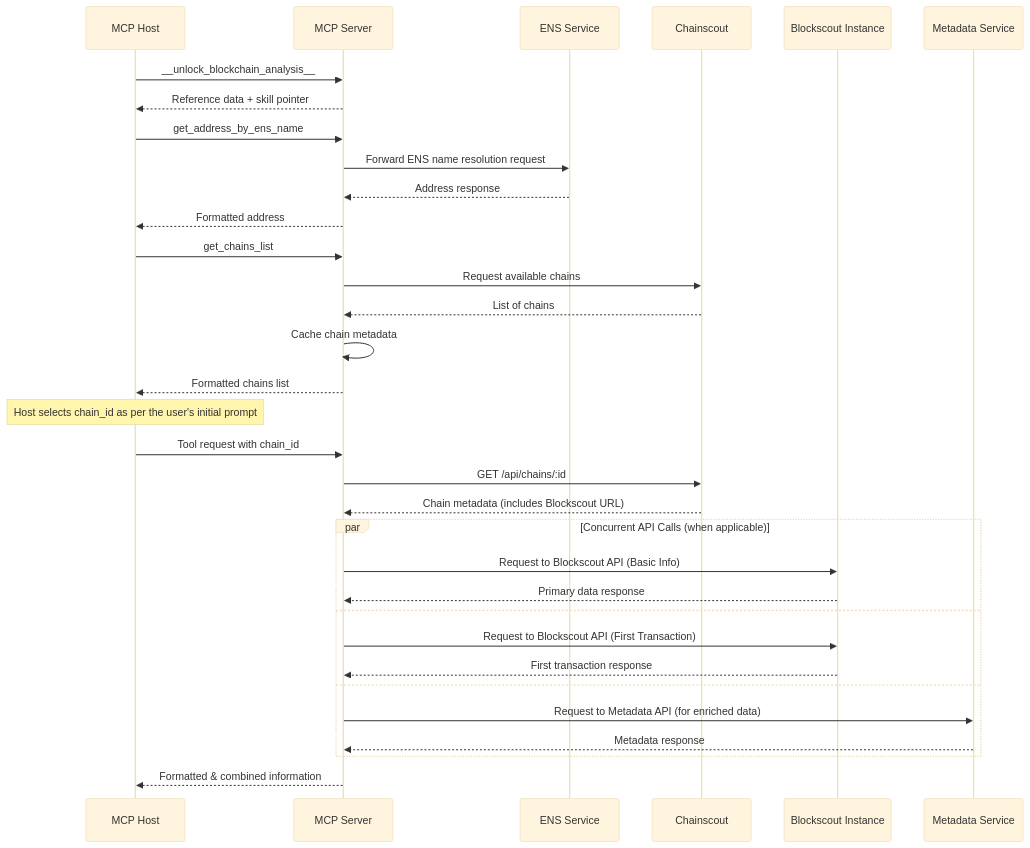
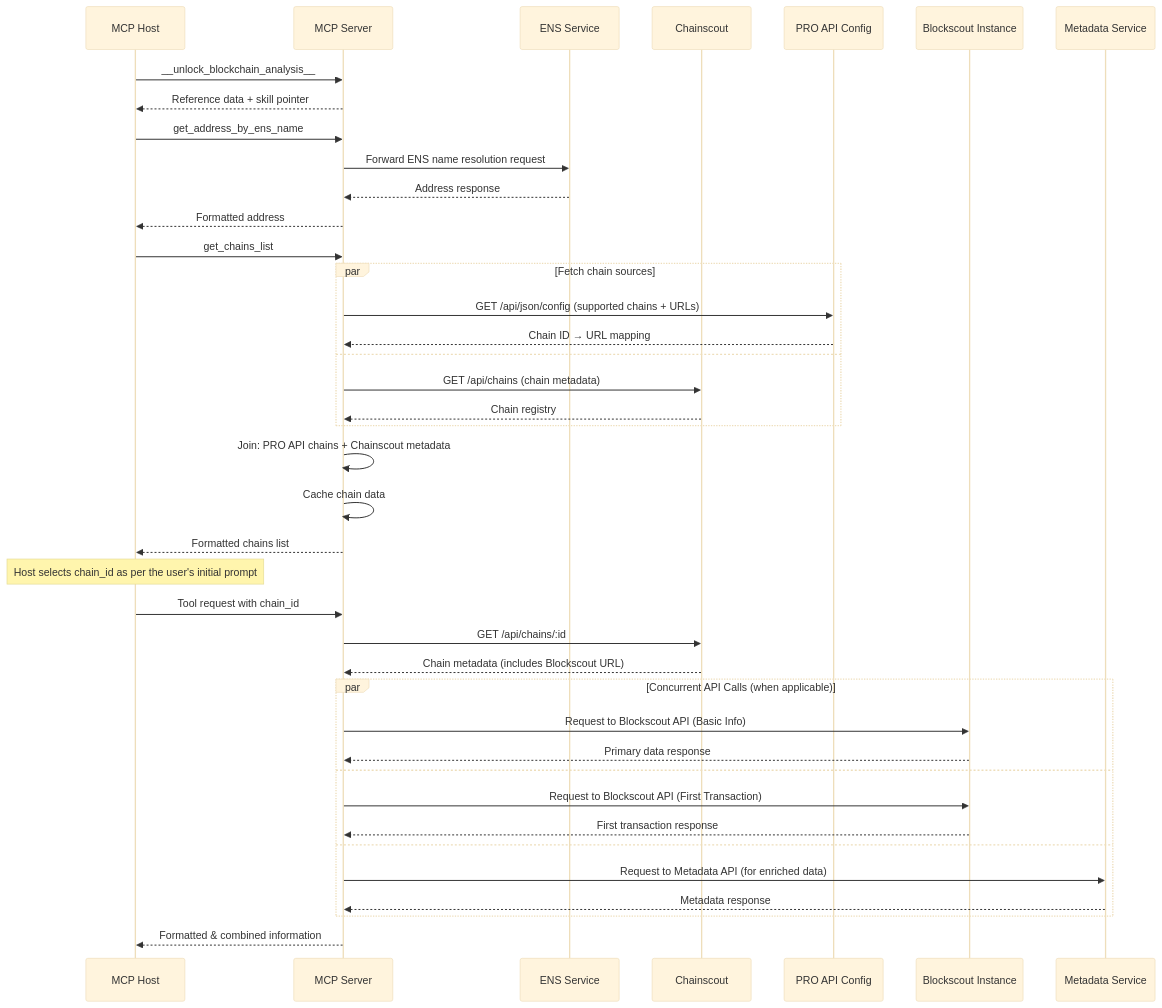
One commit to blockscout/mcp-server changed the first of 3 diagrams in SPEC.md. Above: the diagram before and after it, drawn with Mermaid (base theme). The commit also changed other lines of this file and 4 other files, not shown here.

Commit message:
Fill remaining PRO API plan gaps in spec and tests

````diff
--- a/SPEC.md
+++ b/SPEC.md
@@ -73,40 +73,47 @@
 ```mermaid
 sequenceDiagram
     participant AI as MCP Host
     participant MCP as MCP Server
     participant BENS as ENS Service
     participant CS as Chainscout
+    participant ProAPI as PRO API Config
     participant BS as Blockscout Instance
     participant Metadata as Metadata Service
 
     AI->>MCP: __unlock_blockchain_analysis__
     MCP-->>AI: Reference data + skill pointer
 
     AI->>MCP: get_address_by_ens_name
     MCP->>BENS: Forward ENS name resolution request
     BENS-->>MCP: Address response
     MCP-->>AI: Formatted address
 
     AI->>MCP: get_chains_list
-    MCP->>CS: Request available chains
-    CS-->>MCP: List of chains
-    MCP->>MCP: Cache chain metadata
+    par Fetch chain sources
+        MCP->>ProAPI: GET /api/json/config (supported chains + URLs)
+        ProAPI-->>MCP: Chain ID → URL mapping
+    and
+        MCP->>CS: GET /api/chains (chain metadata)
+        CS-->>MCP: Chain registry
+    end
+    MCP->>MCP: Join: PRO API chains + Chainscout metadata
+    MCP->>MCP: Cache chain data
     MCP-->>AI: Formatted chains list
 
     Note over AI: Host selects chain_id as per the user's initial prompt
 
     AI->>MCP: Tool request with chain_id
     MCP->>CS: GET /api/chains/:id
     CS-->>MCP: Chain metadata (includes Blockscout URL)
     par Concurrent API Calls (when applicable)
         MCP->>BS: Request to Blockscout API (Basic Info)
         BS-->>MCP: Primary data response
     and
         MCP->>BS: Request to Blockscout API (First Transaction)
         BS-->>MCP: First transaction response
     and
         MCP->>Metadata: Request to Metadata API (for enriched data)
         Metadata-->>MCP: Metadata response
     end
     MCP-->>AI: Formatted & combined information
 ```
````
